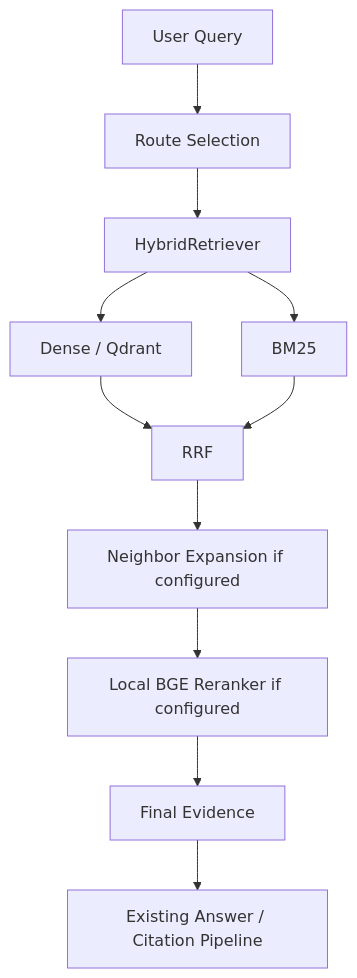
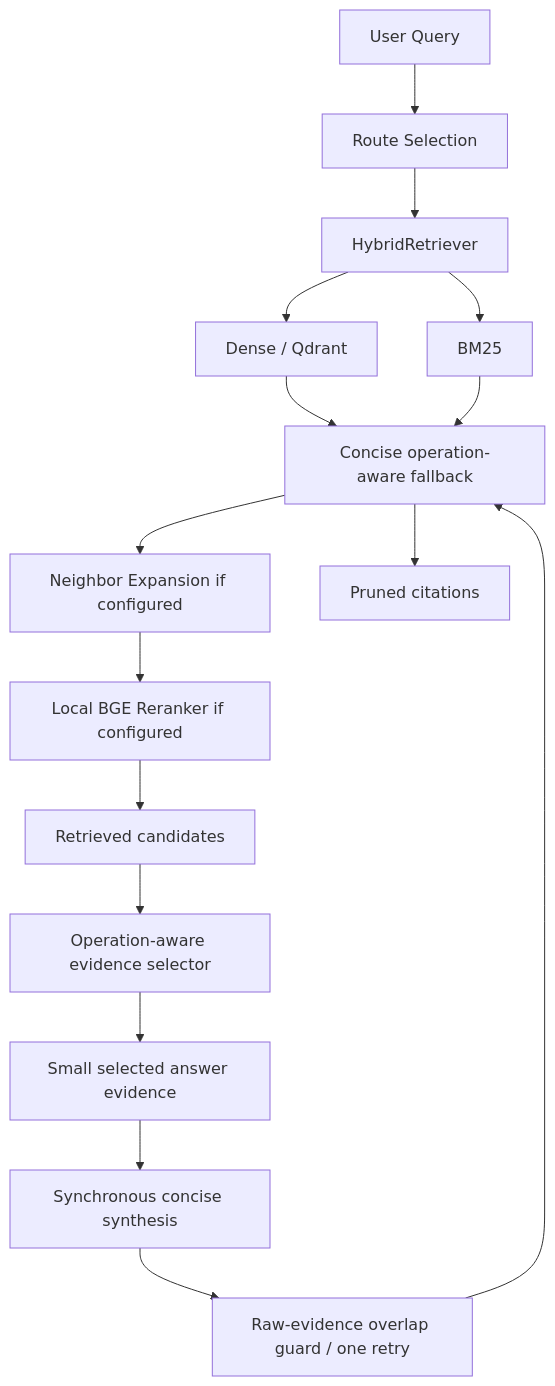
Before and after one commit to ata-turkoglu/cortex: the second of 2 diagrams in docs/architecture/query-answer-pipeline.md, drawn with Mermaid. The commit also changed other lines of this file and 4 other files, not shown here.

Commit message:
docs: add Cortex query architecture rulebook

````diff
--- a/docs/architecture/query-answer-pipeline.md
+++ b/docs/architecture/query-answer-pipeline.md
@@ -9,13 +38,18 @@
 ```mermaid
 flowchart TD
     Q[User Query] --> R[Route Selection]
     R --> H[HybridRetriever]
     H --> D[Dense / Qdrant]
     H --> B[BM25]
     D --> F[RRF]
     B --> F
     F --> N[Neighbor Expansion if configured]
     N --> RR[Local BGE Reranker if configured]
-    RR --> E[Final Evidence]
-    E --> A[Existing Answer / Citation Pipeline]
+    RR --> C[Retrieved candidates]
+    C --> E[Operation-aware evidence selector]
+    E --> S[Small selected answer evidence]
+    S --> A[Synchronous concise synthesis]
+    A --> G[Raw-evidence overlap guard / one retry]
+    G --> F[Concise operation-aware fallback]
+    F --> P[Pruned citations]
 ```
````
